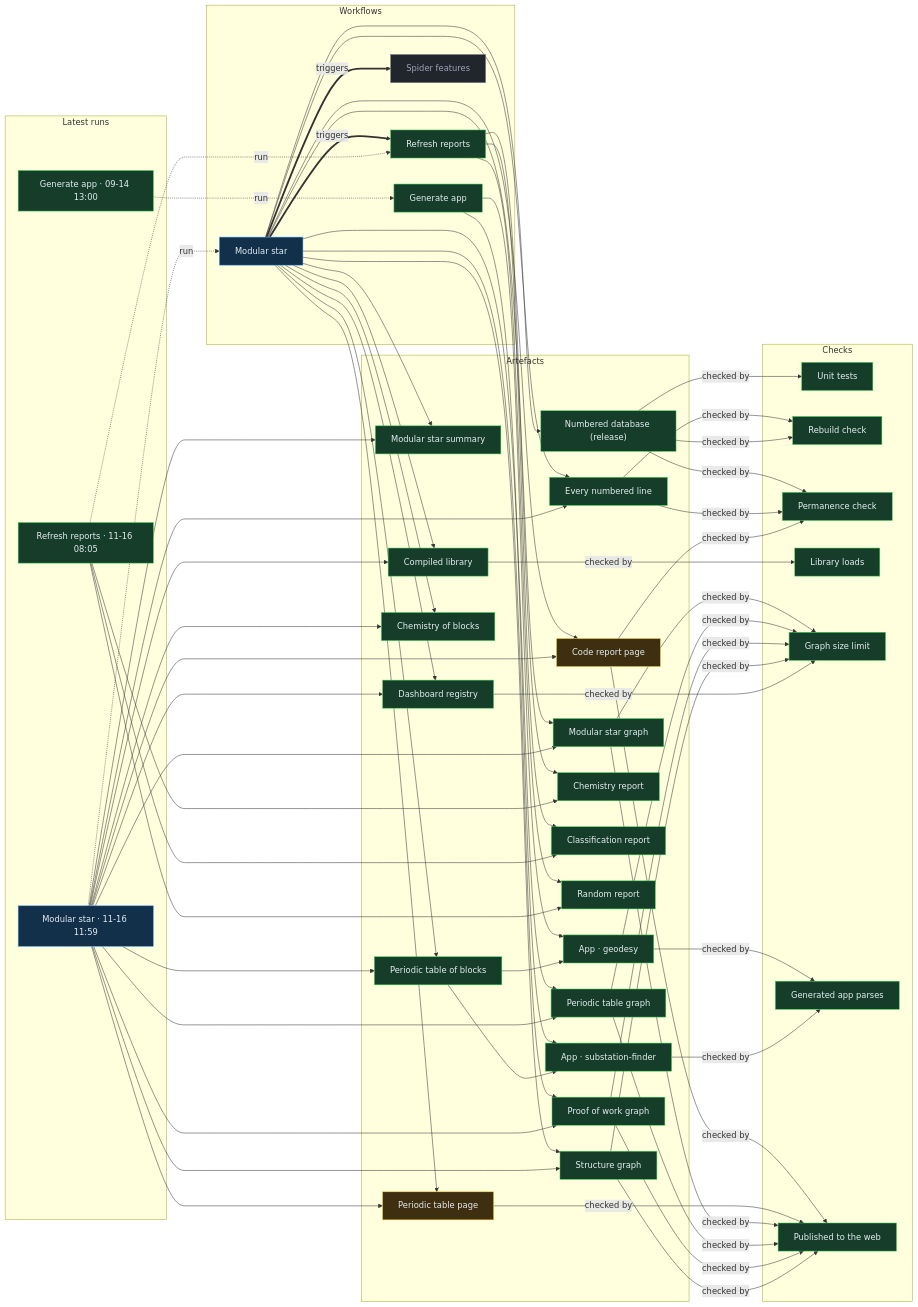
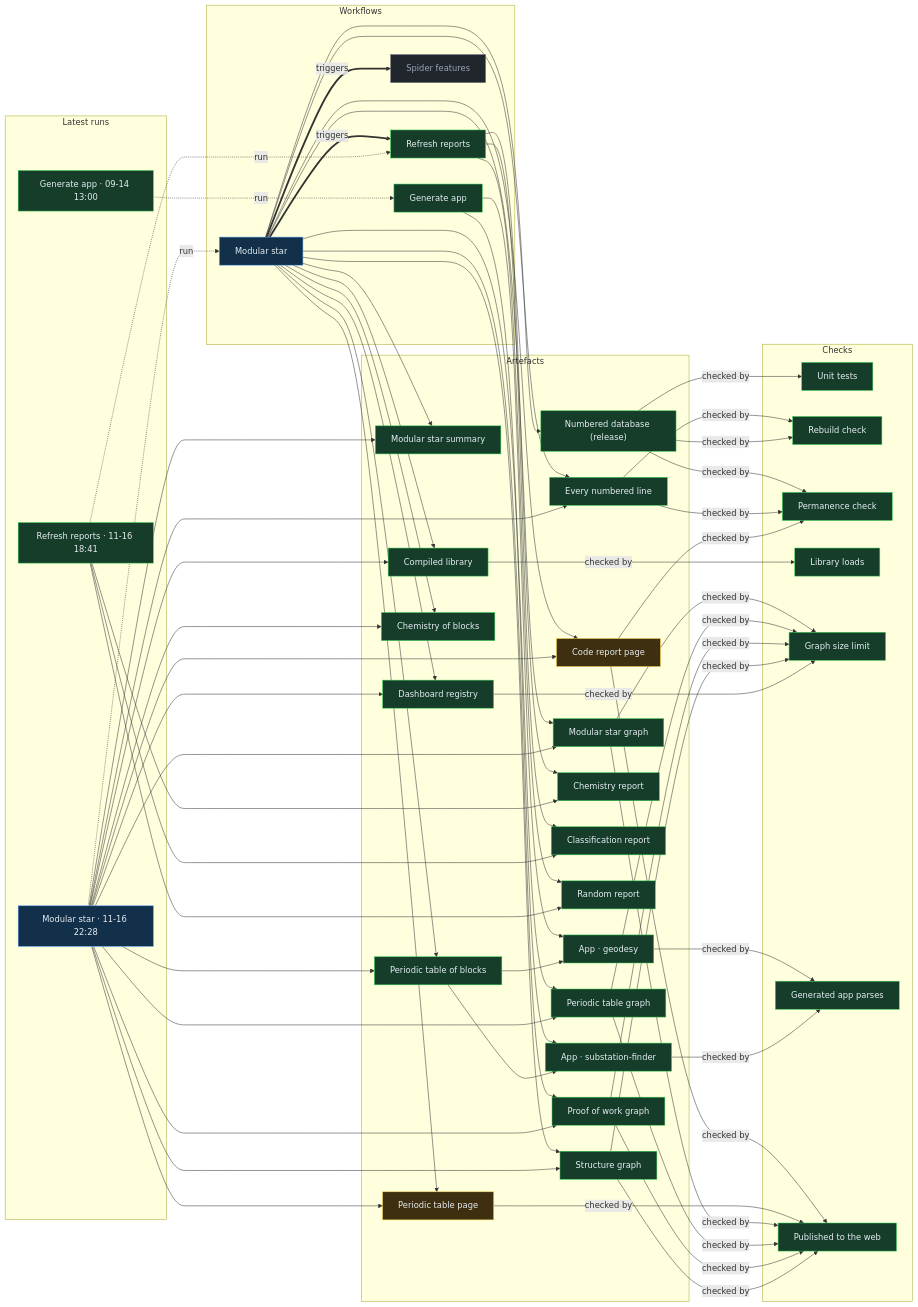
The diagram in proof/PROOF.md (Ventusltd/stars), drawn with Mermaid before and after one commit. The commit also changed other lines of this file and 269 other files, not shown here.

Commit message:
Modular star 2026-11-16T22:30Z

```diff
--- a/proof/PROOF.md
+++ b/proof/PROOF.md
@@ -24,8 +24,8 @@
   n_wf_spider_features["Spider features"]:::off
   end
   subgraph g_runs["Latest runs"]
-  n_run_43862512115["Modular star · 11-16 11:59"]:::live
-  n_run_43828545570["Refresh reports · 11-16 08:05"]:::ok
+  n_run_43970400408["Modular star · 11-16 22:28"]:::live
+  n_run_43931549677["Refresh reports · 11-16 18:41"]:::ok
   n_run_34846587798["Generate app · 09-14 13:00"]:::ok
   end
   subgraph g_artefacts["Artefacts"]
@@ -59,39 +59,39 @@
   end
   n_wf_modular_star == triggers ==> n_wf_refresh
   n_wf_modular_star == triggers ==> n_wf_spider_features
-  n_run_43862512115 -. run .-> n_wf_modular_star
-  n_run_43828545570 -. run .-> n_wf_refresh
+  n_run_43970400408 -. run .-> n_wf_modular_star
+  n_run_43931549677 -. run .-> n_wf_refresh
   n_run_34846587798 -. run .-> n_wf_generate
   n_wf_modular_star --> n_art_summary
-  n_run_43862512115 --> n_art_summary
+  n_run_43970400408 --> n_art_summary
   n_wf_modular_star --> n_art_lines
-  n_run_43862512115 --> n_art_lines
+  n_run_43970400408 --> n_art_lines
   n_wf_modular_star --> n_art_code
-  n_run_43862512115 --> n_art_code
+  n_run_43970400408 --> n_art_code
   n_wf_modular_star --> n_art_modular_graph
-  n_run_43862512115 --> n_art_modular_graph
+  n_run_43970400408 --> n_art_modular_graph
   n_wf_modular_star --> n_art_blocks
-  n_run_43862512115 --> n_art_blocks
+  n_run_43970400408 --> n_art_blocks
   n_wf_modular_star --> n_art_table
-  n_run_43862512115 --> n_art_table
+  n_run_43970400408 --> n_art_table
   n_wf_modular_star --> n_art_blocks_graph
-  n_run_43862512115 --> n_art_blocks_graph
+  n_run_43970400408 --> n_art_blocks_graph
   n_wf_modular_star --> n_art_reactions
-  n_run_43862512115 --> n_art_reactions
+  n_run_43970400408 --> n_art_reactions
   n_wf_modular_star --> n_art_library
-  n_run_43862512115 --> n_art_library
+  n_run_43970400408 --> n_art_library
   n_wf_modular_star --> n_art_features
-  n_run_43862512115 --> n_art_features
+  n_run_43970400408 --> n_art_features
   n_wf_modular_star --> n_art_proof
-  n_run_43862512115 --> n_art_proof
+  n_run_43970400408 --> n_art_proof
   n_wf_modular_star --> n_art_structure
-  n_run_43862512115 --> n_art_structure
+  n_run_43970400408 --> n_art_structure
   n_wf_refresh --> n_art_chemistry
-  n_run_43828545570 --> n_art_chemistry
+  n_run_43931549677 --> n_art_chemistry
   n_wf_refresh --> n_art_vedic
-  n_run_43828545570 --> n_art_vedic
+  n_run_43931549677 --> n_art_vedic
   n_wf_refresh --> n_art_random
-  n_run_43828545570 --> n_art_random
+  n_run_43931549677 --> n_art_random
   n_wf_modular_star --> n_art_release
   n_wf_generate --> n_app_geodesy
   n_art_blocks --> n_app_geodesy
```
